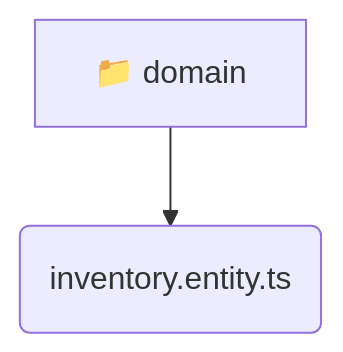
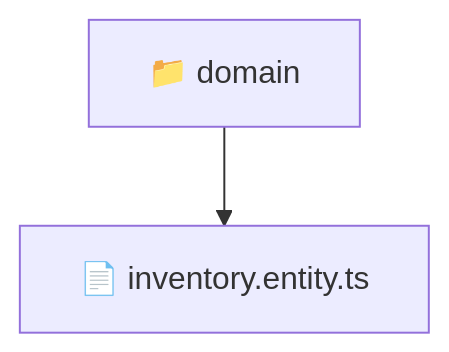
Before and after one commit to beginwebdev2002/fullstack-mavluda: the diagram in backend/src/modules/inventory/domain/README.md, drawn with Mermaid. The commit also changed other lines of this file and 163 other files, not shown here.

````diff
--- a/backend/src/modules/inventory/domain/README.md
+++ b/backend/src/modules/inventory/domain/README.md
@@ -9,5 +10,5 @@
 ```mermaid
 graph TD
-  domain[📁 domain]
-  domain --> domain_inventory_entity_ts(inventory.entity.ts)
+  Root["📁 domain"]
+  Root --> inventoryentityts["📄 inventory.entity.ts"]
 ```
````
